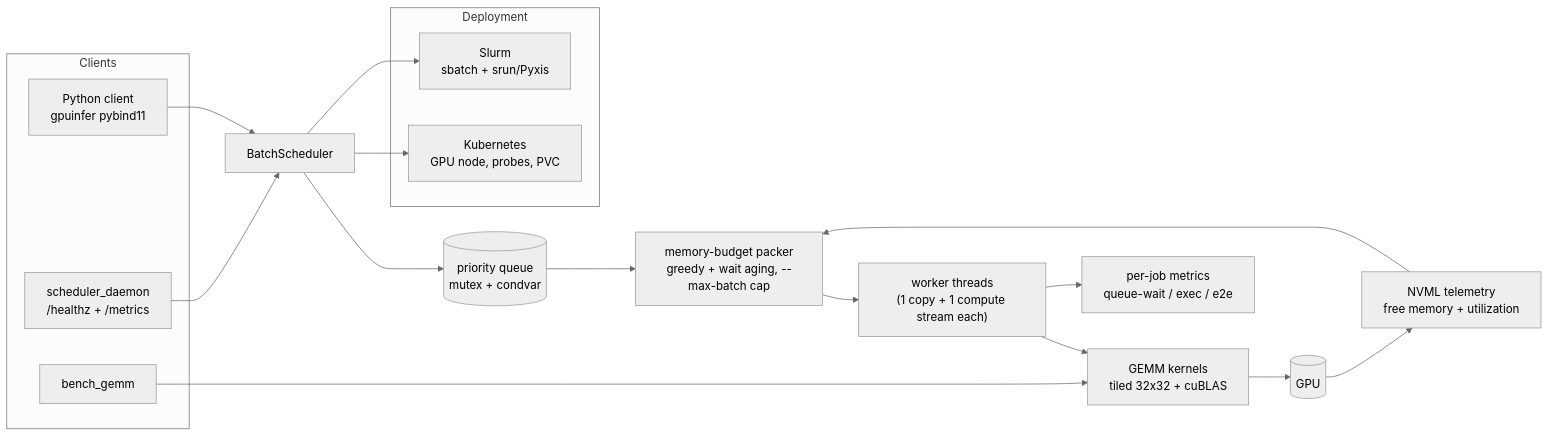
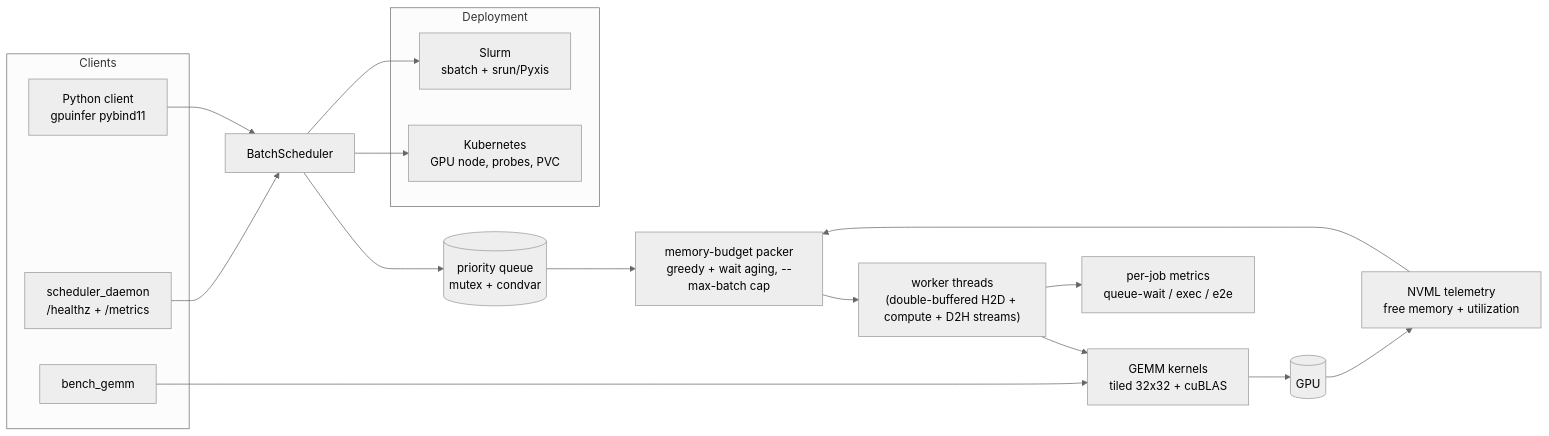
One commit to AbhiramCommits/GpuBatchInferenceScheduler changed the diagram in README.md. Above: the diagram before and after it, drawn with Mermaid (neutral theme). The commit also changed other lines of this file and 14 other files, not shown here.

First line of the commit message:
Measure saturation ceiling and add double-buffered transfers

````diff
--- a/README.md
+++ b/README.md
@@ -12,25 +12,25 @@
 ```mermaid
 flowchart LR
     subgraph Clients
         PY[Python client<br/>gpuinfer pybind11]
         D[scheduler_daemon<br/>/healthz + /metrics]
         CLI[bench_gemm]
     end
     PY --> S[BatchScheduler]
     D --> S
     S --> Q[(priority queue<br/>mutex + condvar)]
     Q --> PK[memory-budget packer<br/>greedy + wait aging, --max-batch cap]
-    PK --> W["worker threads<br/>(1 copy + 1 compute stream each)"]
+    PK --> W["worker threads<br/>(double-buffered H2D + compute + D2H streams)"]
     W --> KE[GEMM kernels<br/>tiled 32x32 + cuBLAS]
     KE --> GPU[(GPU)]
     NV[NVML telemetry<br/>free memory + utilization] --> PK
     GPU --> NV
     W --> MT[per-job metrics<br/>queue-wait / exec / e2e]
     CLI --> KE
     subgraph Deployment
         K8s[Kubernetes<br/>GPU node, probes, PVC]
         SL[Slurm<br/>sbatch + srun/Pyxis]
     end
     S --> K8s
     S --> SL
 ```
````
